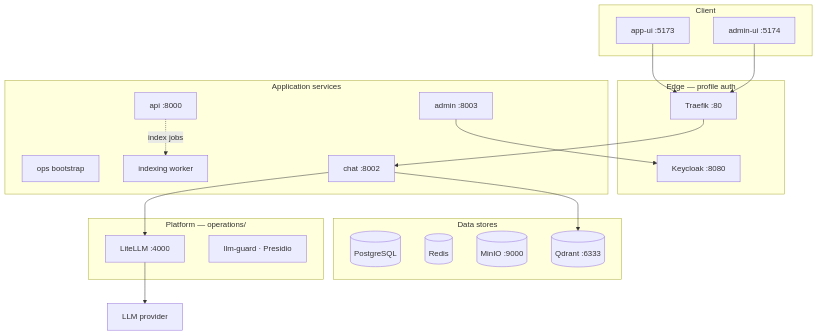
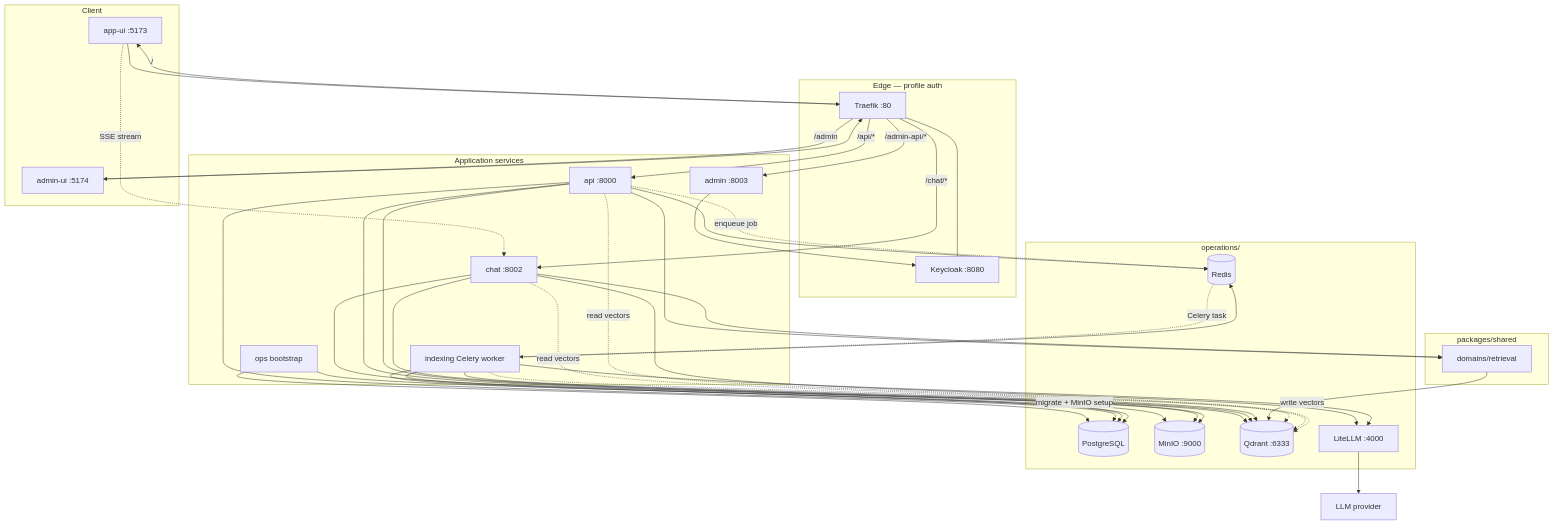
Before and after one commit to krlybnd/squint-genai: the second of 4 diagrams in docs/architecture.md, drawn with Mermaid. The commit also changed other lines of this file and 74 other files, not shown here.

````diff
--- a/docs/architecture.md
+++ b/docs/architecture.md
@@ -29,44 +29,70 @@
 ```mermaid
 flowchart TB
     subgraph client [Client]
         frontend["app-ui :5173"]
         admin_ui["admin-ui :5174"]
     end
 
     subgraph edge [Edge — profile auth]
         traefik["Traefik :80"]
         keycloak["Keycloak :8080"]
     end
 
     subgraph app [Application services]
         ops["ops bootstrap"]
         api["api :8000"]
         chat["chat :8002"]
         admin["admin :8003"]
-        indexing["indexing worker"]
+        indexing["indexing Celery worker"]
     end
 
-    subgraph platform [Platform — operations/]
-        litellm["LiteLLM :4000"]
-        guard["llm-guard · Presidio"]
+    subgraph shared [packages/shared]
+        retrieval["domains/retrieval"]
     end
 
-    subgraph data [Data stores]
+    subgraph data [operations/]
         postgres[("PostgreSQL")]
         redis[("Redis")]
         minio[("MinIO :9000")]
         qdrant[("Qdrant :6333")]
+        litellm["LiteLLM :4000"]
     end
 
-    ext["LLM provider"]
+    llm["LLM provider"]
 
     frontend --> traefik
     admin_ui --> traefik
-    traefik --> chat
+    keycloak --- traefik
+    traefik -->|"/api/*"| api
+    traefik -->|"/chat/*"| chat
+    traefik -->|"/admin-api/*"| admin
+    traefik -->|"/"| frontend
+    traefik -->|"/admin"| admin_ui
+
+    ops -->|"migrate + MinIO setup"| postgres
+    ops --> minio
+    api --> postgres
+    api --> redis
+    api --> minio
+    api --> qdrant
+    api --> retrieval
+    chat --> postgres
+    chat --> qdrant
+    chat --> litellm
+    chat --> retrieval
     admin --> keycloak
-    chat --> litellm
-    chat --> qdrant
-    litellm --> ext
+    indexing --> redis
+    indexing --> minio
+    indexing --> qdrant
+    indexing --> litellm
+    indexing --> postgres
+    retrieval --> qdrant
+    litellm --> llm
 
-    api -.->|index jobs| indexing
+    api -.->|"enqueue job"| redis
+    redis -.->|"Celery task"| indexing
+    indexing -.->|"write vectors"| qdrant
+    chat -.->|"read vectors"| qdrant
+    api -.->|"read vectors"| qdrant
+    frontend -.->|"SSE stream"| chat
 ```
````
